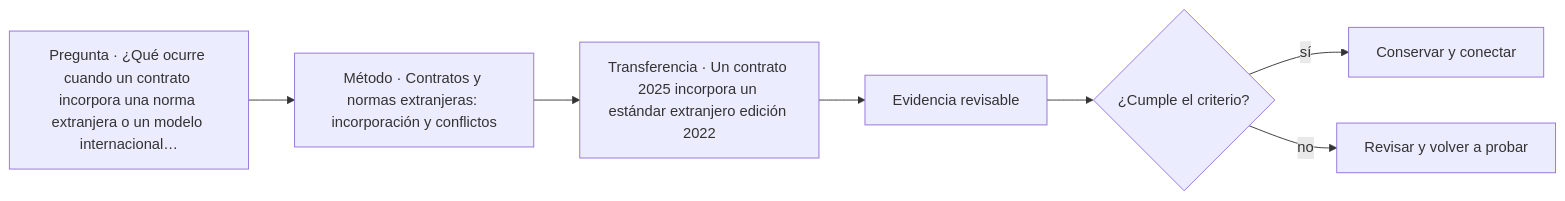
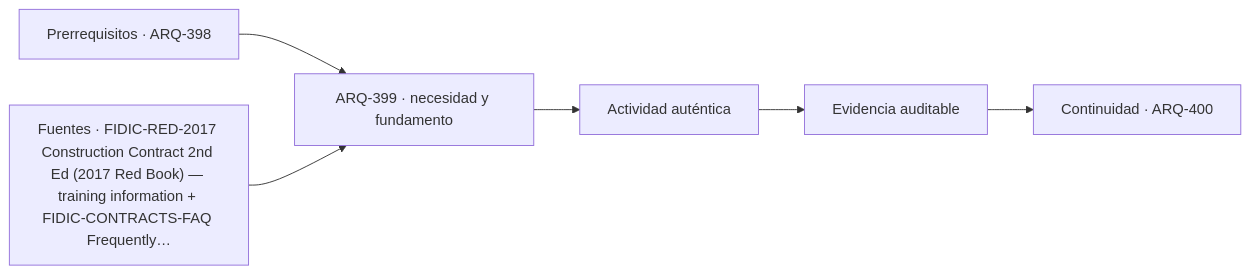
One commit to vladimiracunadev-create/architecture-built-environment-learning-program changed the diagram in classes/parte-40/ARQ-399.md. Above: the diagram before and after it, drawn with Mermaid. The commit also changed other lines of this file and 761 other files, not shown here.

````diff
--- a/classes/parte-40/ARQ-399.md
+++ b/classes/parte-40/ARQ-399.md
@@ -91,9 +103,8 @@
 ```mermaid
 flowchart LR
-    Q["Pregunta · ¿Qué ocurre cuando un contrato incorpora una norma extranjera o un modelo internacional…"] --> M["Método · Contratos y normas extranjeras: incorporación y conflictos"]
-    M --> P["Transferencia · Un contrato 2025 incorpora un estándar extranjero edición 2022"]
-    P --> E["Evidencia revisable"]
-    E --> C{"¿Cumple el criterio?"}
-    C -->|sí| T["Conservar y conectar"]
-    C -->|no| R["Revisar y volver a probar"]
+    A["Prerrequisitos · ARQ-398"] --> B["ARQ-399 · necesidad y fundamento"]
+    S["Fuentes · FIDIC-RED-2017 Construction Contract 2nd Ed (2017 Red Book) — training information + FIDIC-CONTRACTS-FAQ Frequently…"] --> B
+    B --> C["Actividad auténtica"]
+    C --> D["Evidencia auditable"]
+    D --> E["Continuidad · ARQ-400"]
 ```
````
